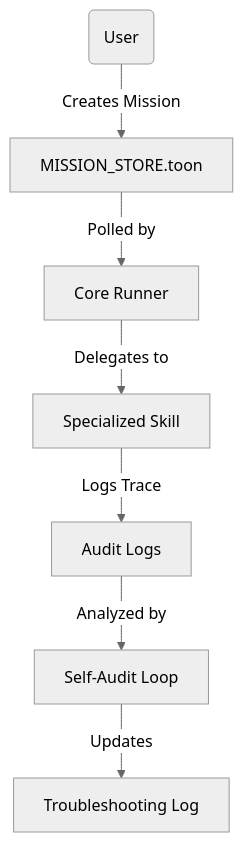
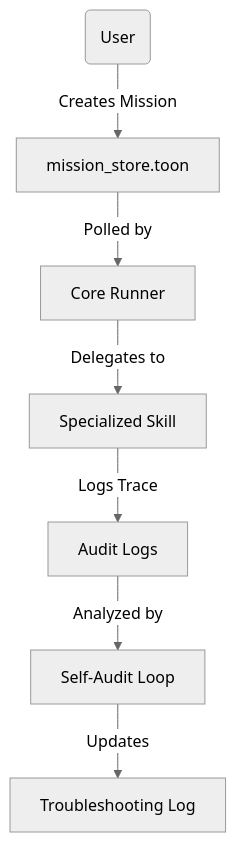
The diagram in docs/architecture.md (nhmatsumoto/ronaldinho-agent), drawn with Mermaid (neutral theme) before and after one commit. The commit also changed other lines of this file and 6 other files, not shown here.

````diff
--- a/docs/architecture.md
+++ b/docs/architecture.md
@@ -38,9 +38,9 @@
 ```mermaid
 graph TD
-    User(User) -->|Creates Mission| MS[MISSION_STORE.toon]
+    User(User) -->|Creates Mission| MS[mission_store.toon]
     MS -->|Polled by| Runner[Core Runner]
     Runner -->|Delegates to| Skill[Specialized Skill]
     Skill -->|Logs Trace| Audit[Audit Logs]
     Audit -->|Analyzed by| SelfAudit[Self-Audit Loop]
     SelfAudit -->|Updates| Memory[Troubleshooting Log]
 ```
````
